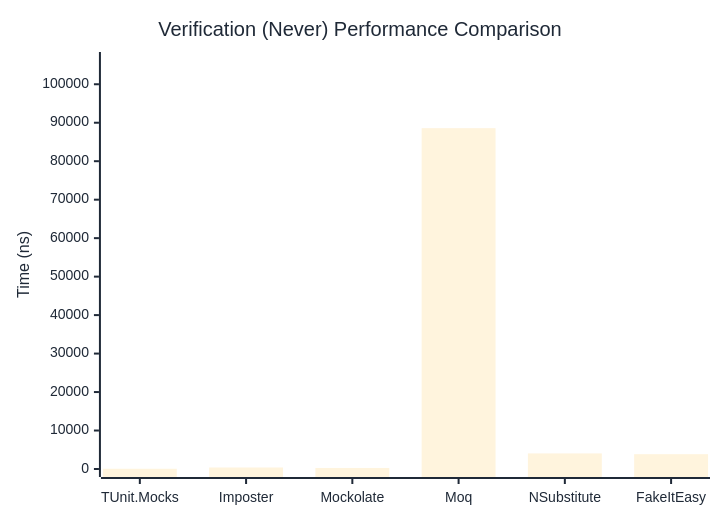
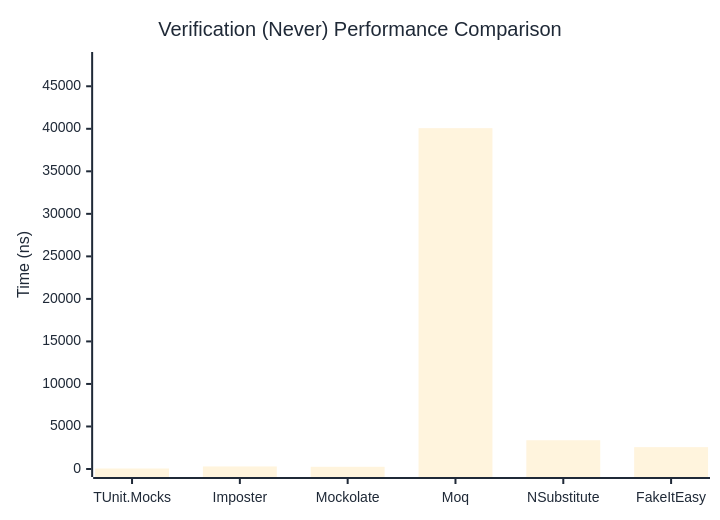
The second of 3 diagrams in docs/docs/benchmarks/mocks/Verification.md (thomhurst/TUnit), drawn with Mermaid before and after one commit. The commit also changed other lines of this file and 14 other files, not shown here.

````diff
--- a/docs/docs/benchmarks/mocks/Verification.md
+++ b/docs/docs/benchmarks/mocks/Verification.md
@@ -71,27 +71,27 @@
 ```mermaid
 %%{init: {
   'theme':'base',
   'themeVariables': {
     'primaryColor': '#2563eb',
     'primaryTextColor': '#1f2937',
     'primaryBorderColor': '#1e40af',
     'lineColor': '#6b7280',
     'secondaryColor': '#7c3aed',
     'tertiaryColor': '#dc2626',
     'background': '#ffffff',
     'pie1': '#2563eb',
     'pie2': '#7c3aed',
     'pie3': '#dc2626',
     'pie4': '#f59e0b',
     'pie5': '#10b981',
     'pie6': '#06b6d4',
     'pie7': '#ec4899',
     'pie8': '#6366f1'
   }
 }}%%
 xychart-beta
   title "Verification (Never) Performance Comparison"
   x-axis ["TUnit.Mocks", "Imposter", "Mockolate", "Moq", "NSubstitute", "FakeItEasy"]
-  y-axis "Time (ns)" 0 --> 106304
-  bar [60.56, 391.79, 273.21, 88586.43, 4049.92, 3848.64]
+  y-axis "Time (ns)" 0 --> 48088
+  bar [58.03, 299.52, 258.65, 40073.15, 3381.6, 2571.21]
 ```
````
